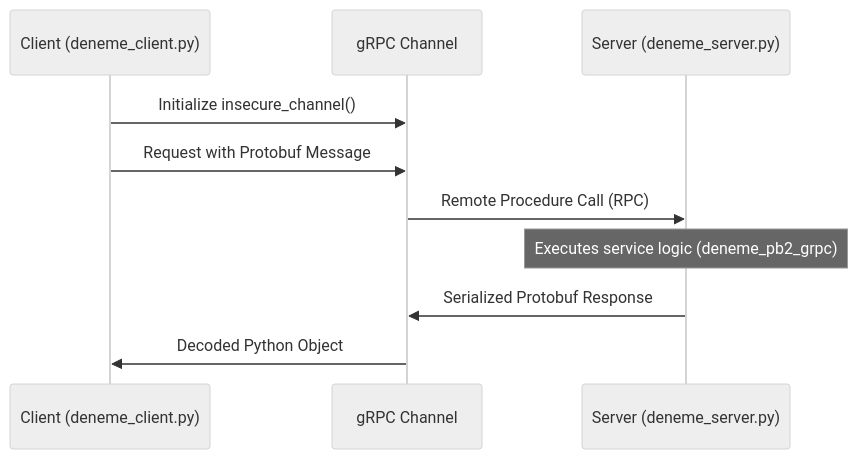
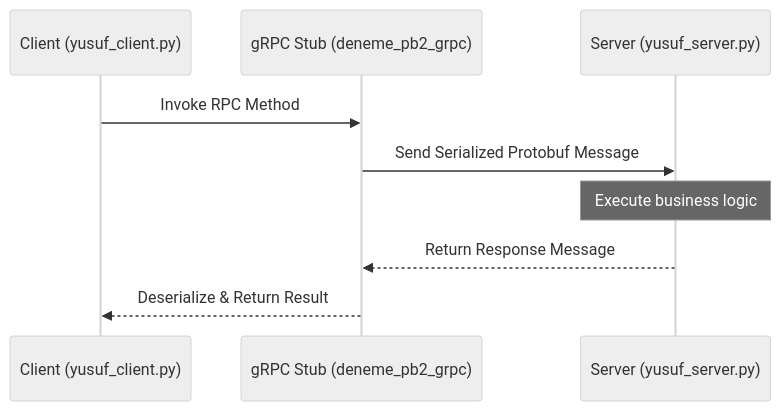
The second of 2 diagrams in README_ARCH.md (YusuffBulbul/GRPC_calisma), drawn with Mermaid (neutral theme) before and after one commit. The commit also changed other lines of this file, not shown here.

````diff
--- a/README_ARCH.md
+++ b/README_ARCH.md
@@ -66,14 +53,13 @@
 ```mermaid
 sequenceDiagram
-    participant C as Client (deneme_client.py)
-    participant G as gRPC Channel
-    participant S as Server (deneme_server.py)
+    participant C as Client (yusuf_client.py)
+    participant S as gRPC Stub (deneme_pb2_grpc)
+    participant R as Server (yusuf_server.py)
 
-    C->>G: Initialize insecure_channel()
-    C->>G: Request with Protobuf Message
-    G->>S: Remote Procedure Call (RPC)
-    Note over S: Executes service logic (deneme_pb2_grpc)
-    S->>G: Serialized Protobuf Response
-    G->>C: Decoded Python Object
+    C->>S: Invoke RPC Method
+    S->>R: Send Serialized Protobuf Message
+    Note over R: Execute business logic
+    R-->>S: Return Response Message
+    S-->>C: Deserialize & Return Result
 
 ```
````
